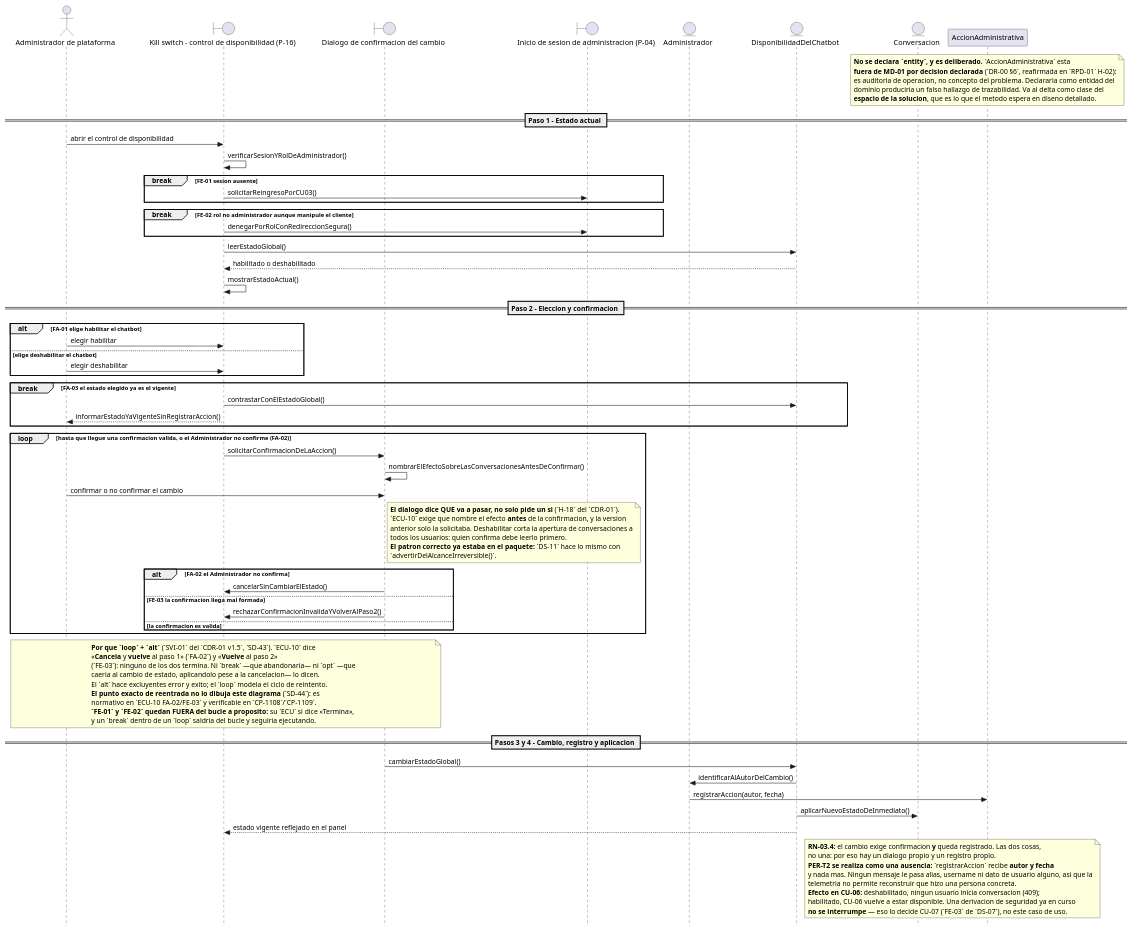
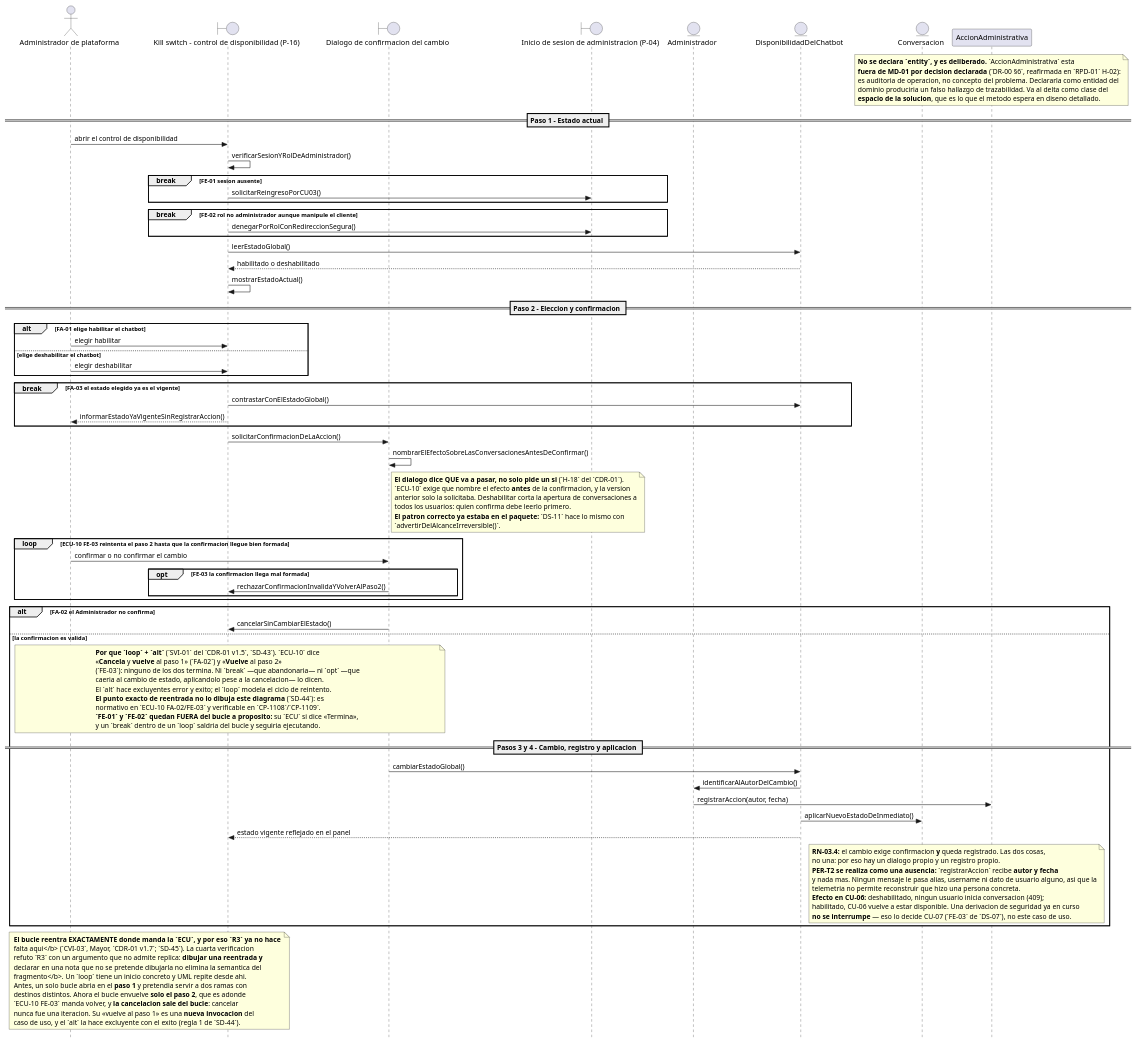
Before and after one commit to jonatan8254/alan-aura-academico: the diagram in docs/07_casos_uso/secuencia/puml/DS-10_secuencia_habilitar_deshabilitar_chatbot.puml, drawn with PlantUML. The commit also changed 39 other files, not shown here.

```diff
--- a/docs/07_casos_uso/secuencia/puml/DS-10_secuencia_habilitar_deshabilitar_chatbot.puml
+++ b/docs/07_casos_uso/secuencia/puml/DS-10_secuencia_habilitar_deshabilitar_chatbot.puml
@@ -1,140 +1,161 @@
 @startuml
 ' DS-10 - Secuencia de CU-10 «Habilitar o deshabilitar el chatbot»
+' v1.5 (CVI-03 del CDR-01 v1.7, SD-45): CVI-03: el `loop` se acota al paso 2 —adonde manda `ECU-10 FE-03`— y `FA-02` sale a un `alt`.
+'       R3 ya no hace falta aqui: el bucle reentra donde manda la ECU. La cuarta
+'       verificacion la refuto — dibujar una reentrada y declarar en nota que no se
+'       pretende dibujarla NO elimina la semantica del fragmento.
 ' v1.4 (TVI-01/03/04 del CDR-01 v1.6, SD-44): TVI-03: la operacion deja de decir Paso1 cuando vuelve al 2; la guarda nombra FA-02.
 '       CONVENCION SD-44 — R1: el sufijo de exito vive DENTRO de su operando.
 '       R2: un break dentro de un loop solo vale si lo que sigue al bucle es
 '       limpieza comun. R3: el punto de reentrada es normativo en la ECU y
 '       verificable en el CP; el diagrama NO lo dibuja. R4: la guarda nombra
 '       todas las salidas del bucle. Lo comprueba barrido_desenlaces.py.
 ' v1.3 (SVI-01 del CDR-01 v1.5, SD-43): FA-02 y FE-03 a `alt` dentro de un `loop` (ECU-10: «Cancela y vuelve» y «Vuelve al paso 2»).
 '       Tercer intento sobre la misma rama, y el primero que lee el DESENLACE de la
 '       ECU en vez de la categoria del flujo. `break` abandonaba; `opt` caia al exito;
 '       `break` otra vez (SD-41) se restauro alegando que la ECU decia «Termina», lo
 '       cual es FALSO. Y `loop` + `alt` (SD-43) tampoco bastaba: la TERCERA verificacion
 '       (TVI-01/02, CDR-01 v1.6) mostro que el operando de exito quedaba VACIO y la
 '       continuacion FUERA del alt, asi que el sufijo de exito se ejecutaba igual.
 '       SD-44 fija la convencion: el sufijo de exito vive DENTRO de su operando, y el
 '       punto exacto de reentrada es normativo en la ECU y verificable en el CP — el
 '       diagrama NO pretende dibujarlo. Los break legitimos quedan fuera del loop; dentro
 '       saldrian del
 '       bucle y seguirian ejecutando, en vez de terminar.
 ' v1.2 (VI-01 del CDR-01 v1.4, SD-41): FA-02 y FE-03 vuelven de opt a BREAK.
 '       Criterio: estan a profundidad 0 —el fragmento envolvente es la interaccion
 '       entera— y su fila de ECU declara que el remanente NO se ejecuta. En UML 2.5
 '       `break` ejecuta su operando EN LUGAR DEL RESTO: es esa semantica exacta.
 '       `opt` solo saltaba su cuerpo y el flujo caia al exito.
 '       Consecuencia declarada: para estos casos el `break` ORIGINAL era correcto y
 '       esa parte de H-01 fue un falso positivo. Ver DS-00 §12.
 ' v1.1 (CDR-01): H-01 — FA-02 y FE-03 pasan de break a opt.
 '       H-18 — el dialogo NOMBRA EL EFECTO antes de confirmar, no solo pide confirmacion.
 '       H-20 — alias B_LoginAdmin unificado a B_PaginaInicioSesionAdmin (era divergente con DS-03).
 ' v1.0 (fase de diseno detallado, ICONIX paso 6)
 ' Insumos: DR-10 v2.0 (11 controladores), ECU-10 v2.0, MD-01 v1.4, DCU-01 v2.1,
 '          DIS-00 (P-16; destino P-04), MV-01 RN-03.4/RN-03.7, PER-01 v1.2.
 ' Capa de infraestructura: NO EJECUTADA por decision declarada (E-1 de DS-00).
 
 skinparam style strictuml
 skinparam shadowing false
 skinparam responseMessageBelowArrow true
 
 actor "Administrador de plataforma" as ACT_Administrador
 boundary "Kill switch - control de disponibilidad (P-16)" as B_ControlDisponibilidad
 boundary "Dialogo de confirmacion del cambio" as B_DialogoConfirmacion
 boundary "Inicio de sesion de administracion (P-04)" as B_PaginaInicioSesionAdmin
 entity "Administrador" as E_Administrador
 entity "DisponibilidadDelChatbot" as E_DisponibilidadDelChatbot
 entity "Conversacion" as E_Conversacion
 participant "AccionAdministrativa" as INF_AccionAdministrativa
 
 note over INF_AccionAdministrativa
   <b>No se declara `entity`, y es deliberado.</b> `AccionAdministrativa` esta
   <b>fuera de MD-01 por decision declarada</b> (`DR-00 §6`, reafirmada en `RPD-01` H-02):
   es auditoria de operacion, no concepto del problema. Declararla como entidad del
   dominio produciria un falso hallazgo de trazabilidad. Va al delta como clase del
   <b>espacio de la solucion</b>, que es lo que el metodo espera en diseno detallado.
 end note
 
 == Paso 1 - Estado actual ==
 
 ACT_Administrador -> B_ControlDisponibilidad : abrir el control de disponibilidad
 B_ControlDisponibilidad -> B_ControlDisponibilidad : verificarSesionYRolDeAdministrador()
 
 break FE-01 sesion ausente
   B_ControlDisponibilidad -> B_PaginaInicioSesionAdmin : solicitarReingresoPorCU03()
 end
 
 break FE-02 rol no administrador aunque manipule el cliente
   B_ControlDisponibilidad -> B_PaginaInicioSesionAdmin : denegarPorRolConRedireccionSegura()
 end
 
 B_ControlDisponibilidad -> E_DisponibilidadDelChatbot : leerEstadoGlobal()
 E_DisponibilidadDelChatbot --> B_ControlDisponibilidad : habilitado o deshabilitado
 B_ControlDisponibilidad -> B_ControlDisponibilidad : mostrarEstadoActual()
 
 == Paso 2 - Eleccion y confirmacion ==
 
 alt FA-01 elige habilitar el chatbot
   ACT_Administrador -> B_ControlDisponibilidad : elegir habilitar
 else elige deshabilitar el chatbot
   ACT_Administrador -> B_ControlDisponibilidad : elegir deshabilitar
 end
 
 break FA-03 el estado elegido ya es el vigente
   B_ControlDisponibilidad -> E_DisponibilidadDelChatbot : contrastarConElEstadoGlobal()
   B_ControlDisponibilidad --> ACT_Administrador : informarEstadoYaVigenteSinRegistrarAccion()
 end
 
-loop hasta que llegue una confirmacion valida, o el Administrador no confirme (FA-02)
-  B_ControlDisponibilidad -> B_DialogoConfirmacion : solicitarConfirmacionDeLaAccion()
-  B_DialogoConfirmacion -> B_DialogoConfirmacion : nombrarElEfectoSobreLasConversacionesAntesDeConfirmar()
-  ACT_Administrador -> B_DialogoConfirmacion : confirmar o no confirmar el cambio
+B_ControlDisponibilidad -> B_DialogoConfirmacion : solicitarConfirmacionDeLaAccion()
+B_DialogoConfirmacion -> B_DialogoConfirmacion : nombrarElEfectoSobreLasConversacionesAntesDeConfirmar()
 
 note right of B_DialogoConfirmacion
   <b>El dialogo dice QUE va a pasar, no solo pide un si</b> (`H-18` del `CDR-01`).
   `ECU-10` exige que nombre el efecto <b>antes</b> de la confirmacion, y la version
   anterior solo la solicitaba. Deshabilitar corta la apertura de conversaciones a
   todos los usuarios: quien confirma debe leerlo primero.
   <b>El patron correcto ya estaba en el paquete:</b> `DS-11` hace lo mismo con
   `advertirDelAlcanceIrreversible()`.
 end note
 
-  alt FA-02 el Administrador no confirma
-    B_DialogoConfirmacion -> B_ControlDisponibilidad : cancelarSinCambiarElEstado()
-  else FE-03 la confirmacion llega mal formada
+loop ECU-10 FE-03 reintenta el paso 2 hasta que la confirmacion llegue bien formada
+  ACT_Administrador -> B_DialogoConfirmacion : confirmar o no confirmar el cambio
+
+  opt FE-03 la confirmacion llega mal formada
     B_DialogoConfirmacion -> B_ControlDisponibilidad : rechazarConfirmacionInvalidaYVolverAlPaso2()
-  else la confirmacion es valida
   end
 end
 
-note over ACT_Administrador, B_DialogoConfirmacion
-  <b>Por que `loop` + `alt`</b> (`SVI-01` del `CDR-01 v1.5`, `SD-43`). `ECU-10` dice
-  «<b>Cancela</b> y <b>vuelve</b> al paso 1» (`FA-02`) y «<b>Vuelve</b> al paso 2»
-  (`FE-03`): ninguno de los dos termina. Ni `break` —que abandonaria— ni `opt` —que
-  caeria al cambio de estado, aplicandolo pese a la cancelacion— lo dicen.
-  El `alt` hace excluyentes error y exito; el `loop` modela el ciclo de reintento.
-  <b>El punto exacto de reentrada no lo dibuja este diagrama</b> (`SD-44`): es
-  normativo en `ECU-10 FA-02/FE-03` y verificable en `CP-1108`/`CP-1109`.
-  <b>`FE-01` y `FE-02` quedan FUERA del bucle a proposito:</b> su `ECU` si dice «Termina»,
-  y un `break` dentro de un `loop` saldria del bucle y seguiria ejecutando.
-end note
+alt FA-02 el Administrador no confirma
+  B_DialogoConfirmacion -> B_ControlDisponibilidad : cancelarSinCambiarElEstado()
+else la confirmacion es valida
 
-== Pasos 3 y 4 - Cambio, registro y aplicacion ==
+  note over ACT_Administrador, B_DialogoConfirmacion
+    <b>Por que `loop` + `alt`</b> (`SVI-01` del `CDR-01 v1.5`, `SD-43`). `ECU-10` dice
+    «<b>Cancela</b> y <b>vuelve</b> al paso 1» (`FA-02`) y «<b>Vuelve</b> al paso 2»
+    (`FE-03`): ninguno de los dos termina. Ni `break` —que abandonaria— ni `opt` —que
+    caeria al cambio de estado, aplicandolo pese a la cancelacion— lo dicen.
+    El `alt` hace excluyentes error y exito; el `loop` modela el ciclo de reintento.
+    <b>El punto exacto de reentrada no lo dibuja este diagrama</b> (`SD-44`): es
+    normativo en `ECU-10 FA-02/FE-03` y verificable en `CP-1108`/`CP-1109`.
+    <b>`FE-01` y `FE-02` quedan FUERA del bucle a proposito:</b> su `ECU` si dice «Termina»,
+    y un `break` dentro de un `loop` saldria del bucle y seguiria ejecutando.
+  end note
 
-B_DialogoConfirmacion -> E_DisponibilidadDelChatbot : cambiarEstadoGlobal()
-E_DisponibilidadDelChatbot -> E_Administrador : identificarAlAutorDelCambio()
-E_Administrador -> INF_AccionAdministrativa : registrarAccion(autor, fecha)
-E_DisponibilidadDelChatbot -> E_Conversacion : aplicarNuevoEstadoDeInmediato()
-E_DisponibilidadDelChatbot --> B_ControlDisponibilidad : estado vigente reflejado en el panel
+  == Pasos 3 y 4 - Cambio, registro y aplicacion ==
 
-note over INF_AccionAdministrativa, E_Conversacion
-  <b>RN-03.4:</b> el cambio exige confirmacion <b>y</b> queda registrado. Las dos cosas,
-  no una: por eso hay un dialogo propio y un registro propio.
-  <b>PER-T2 se realiza como una ausencia:</b> `registrarAccion` recibe <b>autor y fecha</b>
-  y nada mas. Ningun mensaje le pasa alias, username ni dato de usuario alguno, asi que la
-  telemetria no permite reconstruir que hizo una persona concreta.
-  <b>Efecto en CU-06:</b> deshabilitado, ningun usuario inicia conversacion (409);
-  habilitado, CU-06 vuelve a estar disponible. Una derivacion de seguridad ya en curso
-  <b>no se interrumpe</b> — eso lo decide CU-07 (`FE-03` de `DS-07`), no este caso de uso.
+  B_DialogoConfirmacion -> E_DisponibilidadDelChatbot : cambiarEstadoGlobal()
+  E_DisponibilidadDelChatbot -> E_Administrador : identificarAlAutorDelCambio()
+  E_Administrador -> INF_AccionAdministrativa : registrarAccion(autor, fecha)
+  E_DisponibilidadDelChatbot -> E_Conversacion : aplicarNuevoEstadoDeInmediato()
+  E_DisponibilidadDelChatbot --> B_ControlDisponibilidad : estado vigente reflejado en el panel
+
+  note over INF_AccionAdministrativa, E_Conversacion
+    <b>RN-03.4:</b> el cambio exige confirmacion <b>y</b> queda registrado. Las dos cosas,
+    no una: por eso hay un dialogo propio y un registro propio.
+    <b>PER-T2 se realiza como una ausencia:</b> `registrarAccion` recibe <b>autor y fecha</b>
+    y nada mas. Ningun mensaje le pasa alias, username ni dato de usuario alguno, asi que la
+    telemetria no permite reconstruir que hizo una persona concreta.
+    <b>Efecto en CU-06:</b> deshabilitado, ningun usuario inicia conversacion (409);
+    habilitado, CU-06 vuelve a estar disponible. Una derivacion de seguridad ya en curso
+    <b>no se interrumpe</b> — eso lo decide CU-07 (`FE-03` de `DS-07`), no este caso de uso.
+  end note
+
+end
+
+note over ACT_Administrador, B_ControlDisponibilidad
+  <b>El bucle reentra EXACTAMENTE donde manda la `ECU`, y por eso `R3` ya no hace
+  falta aqui</b> (`CVI-03`, Mayor, `CDR-01 v1.7`; `SD-45`). La cuarta verificacion
+  refuto `R3` con un argumento que no admite replica: <b>dibujar una reentrada y
+  declarar en una nota que no se pretende dibujarla no elimina la semantica del
+  fragmento</b>. Un `loop` tiene un inicio concreto y UML repite desde ahi.
+  Antes, un solo bucle abria en el <b>paso 1</b> y pretendia servir a dos ramas con
+  destinos distintos. Ahora el bucle envuelve <b>solo el paso 2</b>, que es adonde
+  `ECU-10 FE-03` manda volver, y <b>la cancelacion sale del bucle</b>: cancelar
+  nunca fue una iteracion. Su «vuelve al paso 1» es una <b>nueva invocacion</b> del
+  caso de uso, y el `alt` la hace excluyente con el exito (regla 1 de `SD-44`).
 end note
 
 @enduml
```
